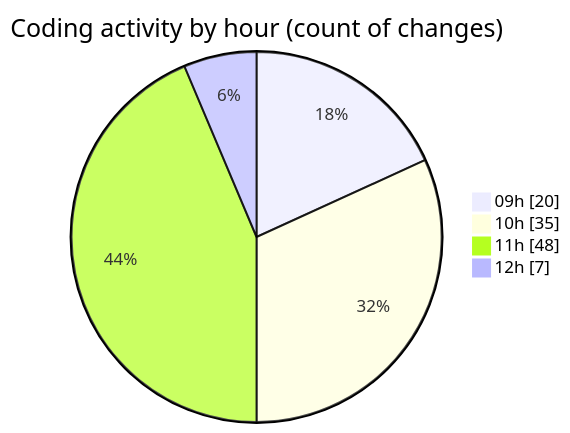
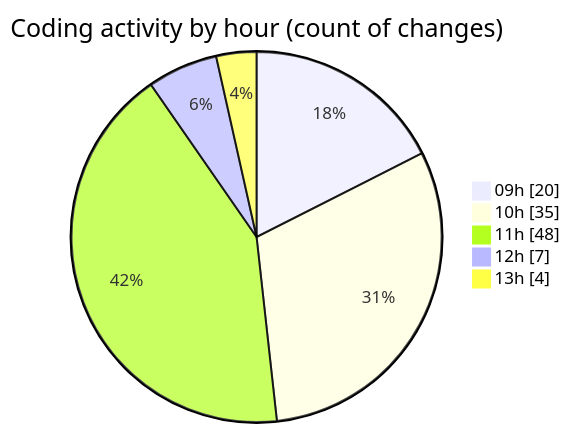
One commit to CELIANVF/code-tracking changed the second of 2 diagrams in 2025-06-10/ecodeli-1/README.md. Above: the diagram before and after it, drawn with Mermaid. The commit also changed other lines of this file and 1 other file, not shown here.

````diff
--- a/2025-06-10/ecodeli-1/README.md
+++ b/2025-06-10/ecodeli-1/README.md
@@ -72,8 +74,9 @@
 ```mermaid
 pie showData
 title Coding activity by hour (count of changes)
 "09h" : 20
 "10h" : 35
 "11h" : 48
 "12h" : 7
+"13h" : 4
 ```
````
